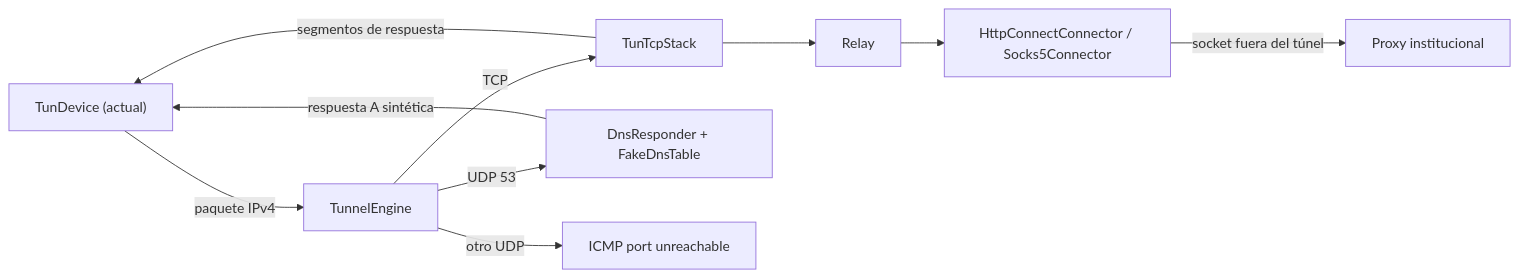
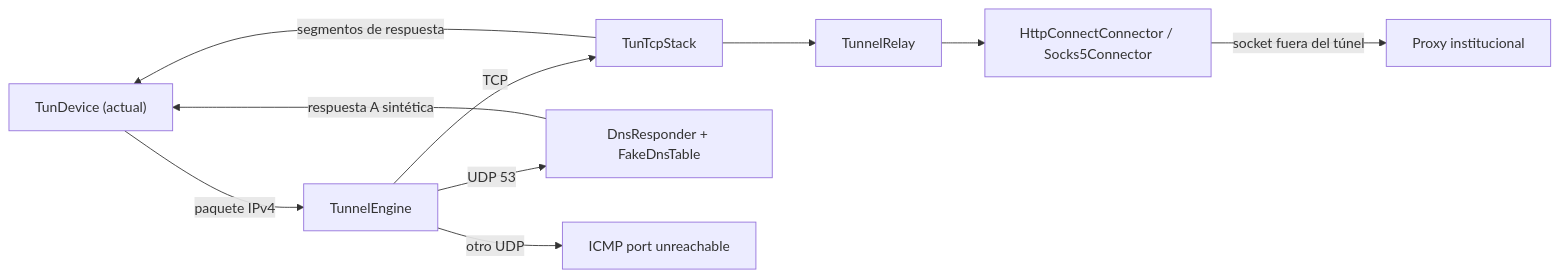
Before and after one commit to drewdev02/Proxy: the diagram in PLAN.md, drawn with Mermaid. The commit also changed other lines of this file and 2 other files, not shown here.

Commit message:
Documentos al día con el código: PLAN describe los puertos, módulos y Otro País reales; ROADMAP corrige sslip.io, la capa 5 y el estado de la capa 8; README añade database

````diff
--- a/PLAN.md
+++ b/PLAN.md
@@ -283,12 +260,12 @@
 ```mermaid
 flowchart LR
     TUN["TunDevice (actual)"] -->|paquete IPv4| ENG["TunnelEngine"]
     ENG -->|TCP| TCP["TunTcpStack"]
     ENG -->|UDP 53| DNS["DnsResponder + FakeDnsTable"]
     ENG -->|otro UDP| DROP["ICMP port unreachable"]
-    TCP --> REL["Relay"]
+    TCP --> REL["TunnelRelay"]
     REL --> CON["HttpConnectConnector / Socks5Connector"]
     CON -->|socket fuera del túnel| PX["Proxy institucional"]
     DNS -->|respuesta A sintética| TUN
     TCP -->|segmentos de respuesta| TUN
 ```
````
